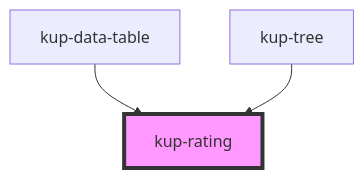
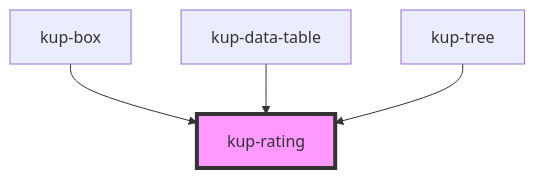
Before and after one commit to smeup/ketchup: the diagram in packages/ketchup/src/components/kup-rating/readme.md, drawn with Mermaid. The commit also changed other lines of this file and 18 other files, not shown here.

````diff
--- a/packages/ketchup/src/components/kup-rating/readme.md
+++ b/packages/ketchup/src/components/kup-rating/readme.md
@@ -74,6 +75,7 @@
 ```mermaid
 graph TD;
+  kup-box --> kup-rating
   kup-data-table --> kup-rating
   kup-tree --> kup-rating
   style kup-rating fill:#f9f,stroke:#333,stroke-width:4px
 ```
````
